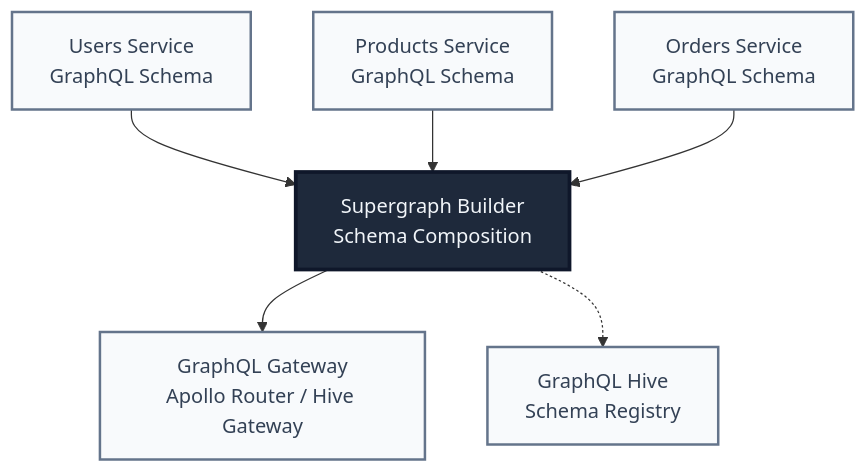
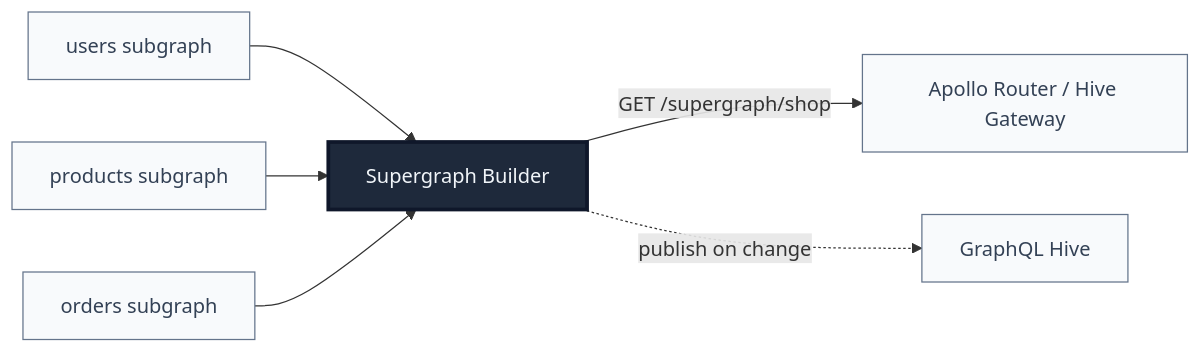
The diagram in README.md (revisium/supergraph-builder), drawn with Mermaid before and after one commit. The commit also changed other lines of this file, not shown here.

````diff
--- a/README.md
+++ b/README.md
@@ -3,22 +12,15 @@
 ```mermaid
-graph TD
-    A["Users Service<br/>GraphQL Schema"]
-    B["Products Service<br/>GraphQL Schema"]
-    C["Orders Service<br/>GraphQL Schema"]
+graph LR
+    A[users subgraph] --> B[Supergraph Builder]
+    P[products subgraph] --> B
+    O[orders subgraph] --> B
+    B -->|GET /supergraph/shop| R[Apollo Router / Hive Gateway]
+    B -.->|publish on change| H[GraphQL Hive]
 
-    A --> D["Supergraph Builder<br/>Schema Composition"]
-    B --> D
-    C --> D
-
-    D --> G["GraphQL Gateway<br/>Apollo Router / Hive Gateway"]
-
-    F["GraphQL Hive<br/>Schema Registry"]
-    D -.-> F
-
-    style A fill:#f8fafc,stroke:#64748b,stroke-width:2px,color:#334155
-    style B fill:#f8fafc,stroke:#64748b,stroke-width:2px,color:#334155
-    style C fill:#f8fafc,stroke:#64748b,stroke-width:2px,color:#334155
-    style D fill:#1e293b,stroke:#0f172a,stroke-width:3px,color:#f1f5f9
-    style G fill:#f8fafc,stroke:#64748b,stroke-width:2px,color:#334155
-    style F fill:#f8fafc,stroke:#64748b,stroke-width:2px,color:#334155
+    style B fill:#1e293b,stroke:#0f172a,stroke-width:3px,color:#f1f5f9
+    style A fill:#f8fafc,stroke:#64748b,color:#334155
+    style P fill:#f8fafc,stroke:#64748b,color:#334155
+    style O fill:#f8fafc,stroke:#64748b,color:#334155
+    style R fill:#f8fafc,stroke:#64748b,color:#334155
+    style H fill:#f8fafc,stroke:#64748b,color:#334155
 ```
````
